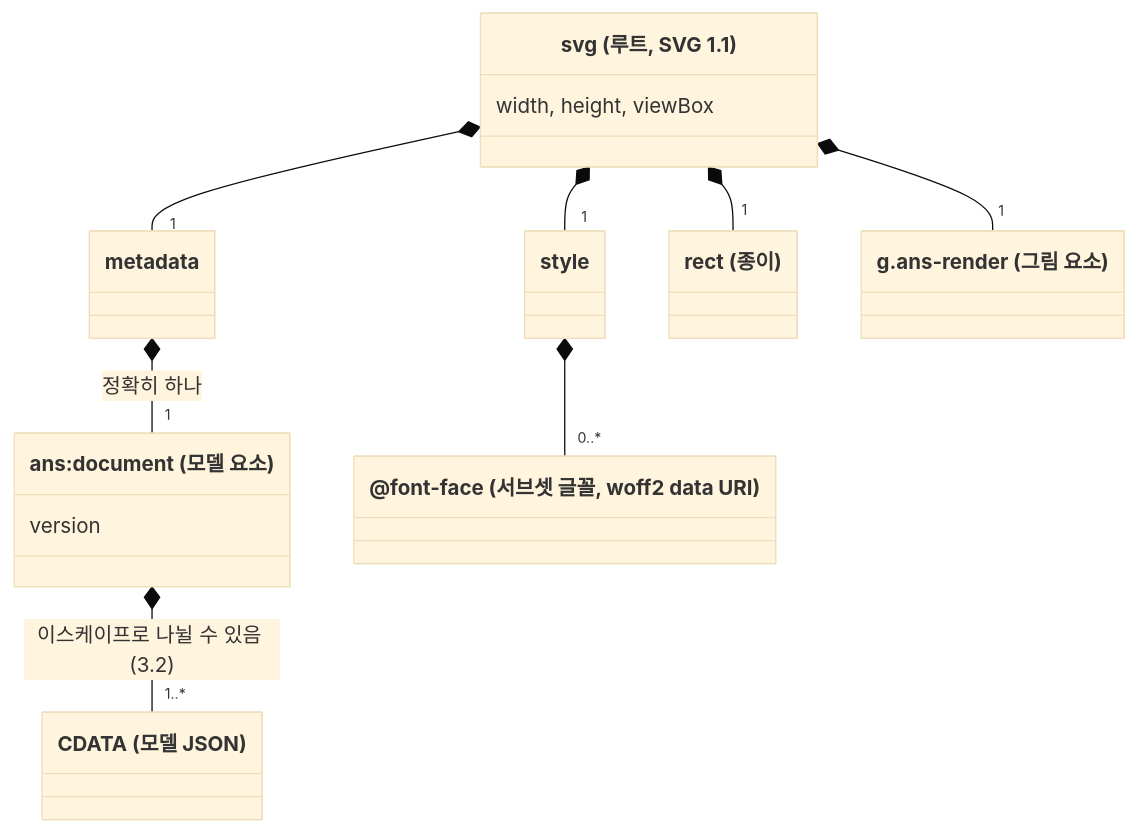
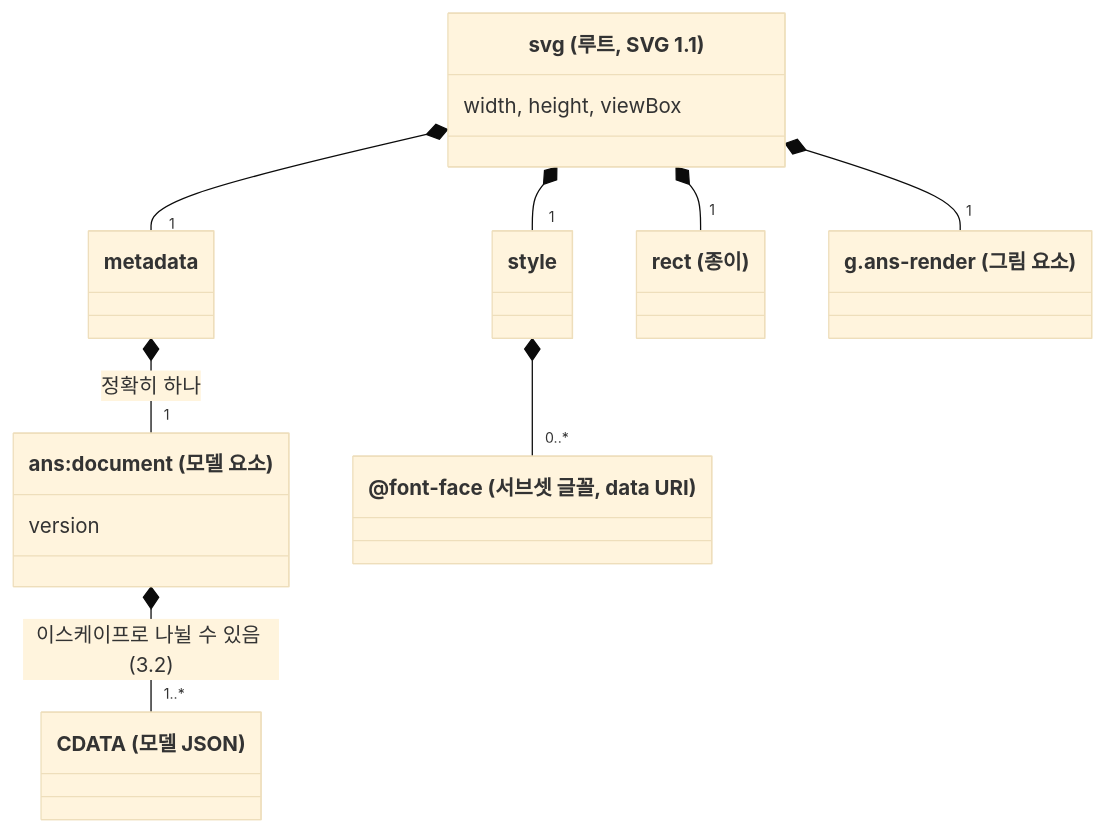
Before and after one commit to reddiana/AriadneNSD: the first of 2 diagrams in docs/05-spec/01-file-format.md, drawn with Mermaid (base theme). The commit also changed other lines of this file and 51 other files, not shown here.

````diff
--- a/docs/05-spec/01-file-format.md
+++ b/docs/05-spec/01-file-format.md
@@ -37,21 +37,21 @@
 ```mermaid
 classDiagram
     direction TB
     class svg["svg (루트, SVG 1.1)"]
     svg : width, height, viewBox
     class metadata
     class document["ans:document (모델 요소)"]
     document : version
     class cdata["CDATA (모델 JSON)"]
     class styleEl["style"]
-    class fontface["@font-face (서브셋 글꼴, woff2 data URI)"]
+    class fontface["@font-face (서브셋 글꼴, data URI)"]
     class paper["rect (종이)"]
     class render["g.ans-render (그림 요소)"]
     svg *-- "1" metadata
     svg *-- "1" styleEl
     svg *-- "1" paper
     svg *-- "1" render
     metadata *-- "1" document : 정확히 하나
     document *-- "1..*" cdata : 이스케이프로 나뉠 수 있음 (3.2)
     styleEl *-- "0..*" fontface
 ```
````
